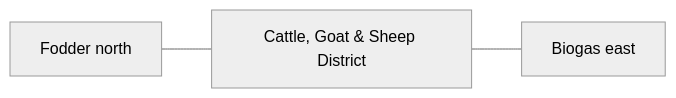
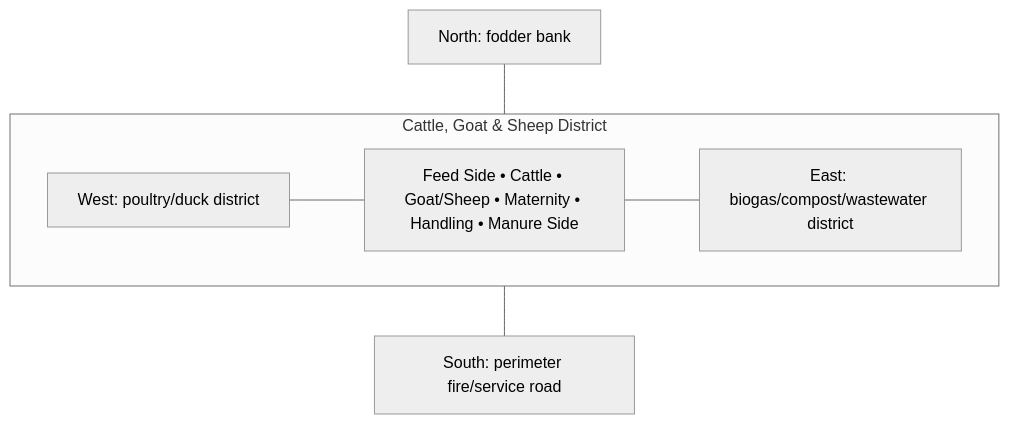
Before and after one commit to agro-firm/Self-Sufficient-Eco-Farm: the diagram in spaces/09-ruminants/ARCHITECTURE.md, drawn with Mermaid (neutral theme). The commit also changed other lines of this file and 31 other files, not shown here.

Commit message:
Add full per-space architecture and blueprint authorities

````diff
--- a/spaces/09-ruminants/ARCHITECTURE.md
+++ b/spaces/09-ruminants/ARCHITECTURE.md
@@ -37,7 +52,14 @@
 ```mermaid
-flowchart LR
-    A["Fodder north"]
-    S["Cattle, Goat & Sheep District"]
-    B["Biogas east"]
-    A --- S --- B
+flowchart TB
+    N["North: fodder bank"]
+    subgraph ROW["Cattle, Goat & Sheep District"]
+      direction LR
+      W["West: poultry/duck district"]
+      C["Feed Side • Cattle • Goat/Sheep • Maternity • Handling • Manure Side"]
+      E["East: biogas/compost/wastewater district"]
+      W --- C --- E
+    end
+    S["South: perimeter fire/service road"]
+    N --- C
+    C --- S
 ```
````
